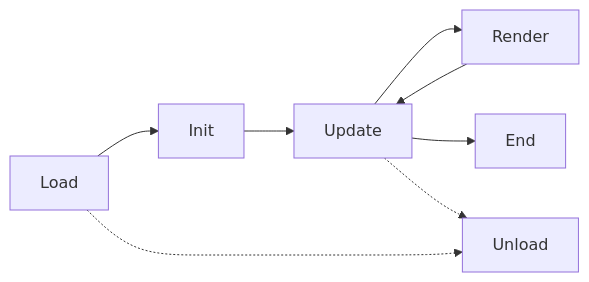
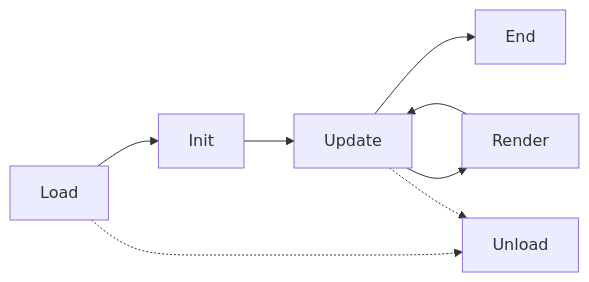
Before and after one commit to aoe2control/aoe2control.github.io: the diagram in docs/lifecycle.md, drawn with Mermaid. The commit also changed other lines of this file and 37 other files, not shown here.

````diff
--- a/docs/lifecycle.md
+++ b/docs/lifecycle.md
@@ -53,10 +47,10 @@
 ```mermaid
 flowchart LR
-    L[Load] --> I[Init]
-    I --> U[Update]
-    U --> R[Render]
+    L["Load"] --> I["Init"]
+    I --> U["Update"]
+    U --> R["Render"]
     R --> U
-    U --> E[End]
-    U -.-> Un[Unload]
-    L -.-> Un
+    U --> E["End"]
+    L -.-> Un["Unload"]
+    U -.-> Un
 ```
````
